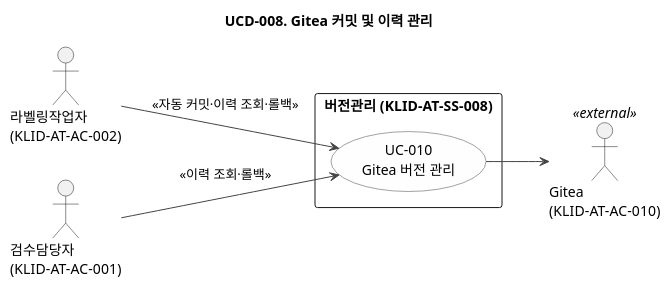
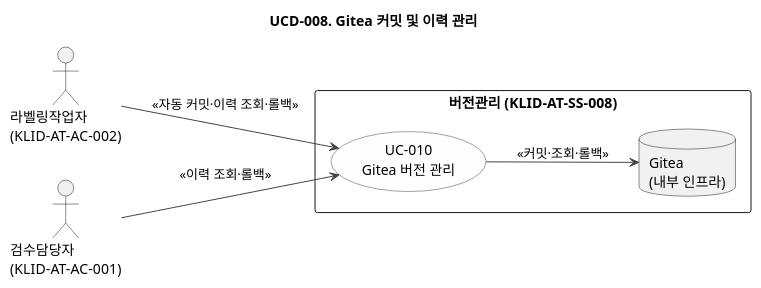
Before and after one commit to New-stella/klid-label: the eighth of 10 diagrams in docs/design/R2-유스케이스명세서.md, drawn with PlantUML. The commit also changed other lines of this file and 1 other file, not shown here.

````diff
--- a/docs/design/R2-유스케이스명세서.md
+++ b/docs/design/R2-유스케이스명세서.md
@@ -319,27 +319,27 @@
 ```plantuml
 @startuml KLID-AT-UCD-008
 title UCD-008. Gitea 커밋 및 이력 관리
 skinparam defaultFontName "Malgun Gothic"
 skinparam usecase {
   BackgroundColor #FEFEFE
   BorderColor #444444
   ArrowColor #444444
   ActorBackgroundColor #DDEEFF
   ActorBorderColor #336699
 }
 
 left to right direction
 
 actor "라벨링작업자\n(KLID-AT-AC-002)" as Labeler
 actor "검수담당자\n(KLID-AT-AC-001)" as Reviewer
-actor "Gitea\n(KLID-AT-AC-010)" as Gitea <<external>>
 
 rectangle "버전관리 (KLID-AT-SS-008)" {
   usecase "UC-010\nGitea 버전 관리" as UC010
+  database "Gitea\n(내부 인프라)" as Gitea
+  UC010 --> Gitea : <<커밋·조회·롤백>>
 }
 
 Labeler --> UC010 : <<자동 커밋·이력 조회·롤백>>
 Reviewer --> UC010 : <<이력 조회·롤백>>
-UC010 --> Gitea
 @enduml
 ```
````
